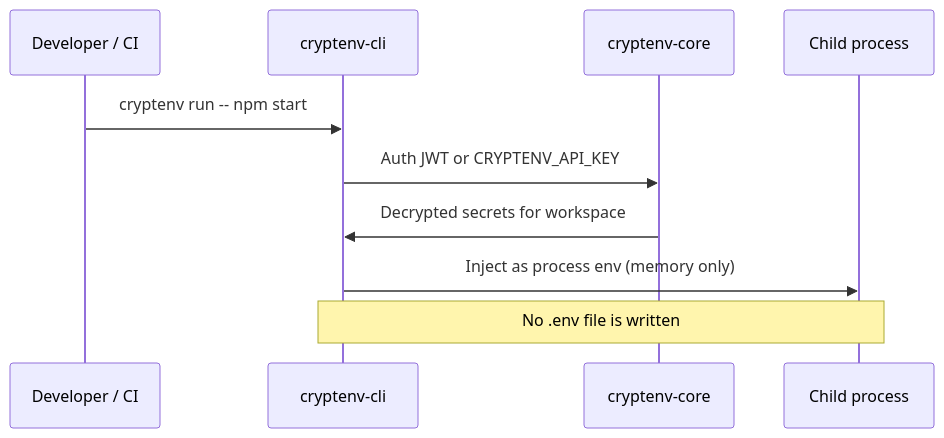
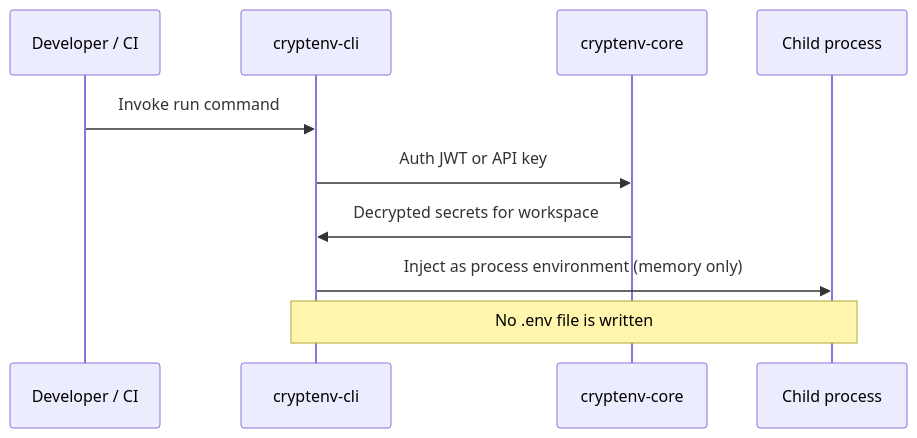
One commit to maheshshinde9100/CryptEnv changed the third of 4 diagrams in README.md. Above: the diagram before and after it, drawn with Mermaid. The commit also changed other lines of this file, not shown here.

````diff
--- a/README.md
+++ b/README.md
@@ -82,13 +105,13 @@
 ```mermaid
 sequenceDiagram
   participant Dev as Developer / CI
   participant CLI as cryptenv-cli
   participant API as cryptenv-core
   participant App as Child process
 
-  Dev->>CLI: cryptenv run -- npm start
-  CLI->>API: Auth JWT or CRYPTENV_API_KEY
+  Dev->>CLI: Invoke run command
+  CLI->>API: Auth JWT or API key
   API->>CLI: Decrypted secrets for workspace
-  CLI->>App: Inject as process env (memory only)
+  CLI->>App: Inject as process environment (memory only)
   Note over CLI,App: No .env file is written
 ```
````
